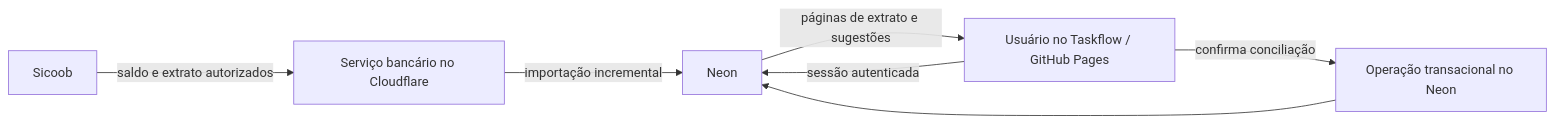
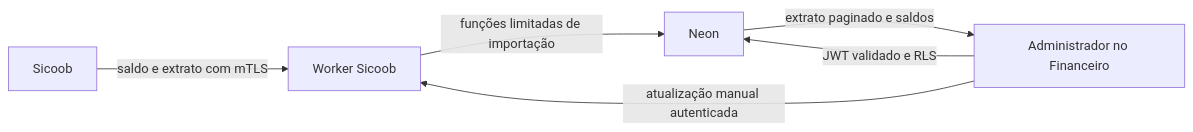
The diagram in docs/SICOOB-ARQUITETURA.md (RAGCode-BR/magalhaes-advocacia), drawn with Mermaid before and after one commit. The commit also changed other lines of this file and 16 other files, not shown here.

````diff
--- a/docs/SICOOB-ARQUITETURA.md
+++ b/docs/SICOOB-ARQUITETURA.md
@@ -41,9 +17,8 @@
 ```mermaid
 flowchart LR
-  S[Sicoob] -->|saldo e extrato autorizados| W[Serviço bancário no Cloudflare]
-  W -->|importação incremental| N[Neon]
-  U[Usuário no Taskflow / GitHub Pages] -->|sessão autenticada| N
-  N -->|páginas de extrato e sugestões| U
-  U -->|confirma conciliação| R[Operação transacional no Neon]
-  R --> N
+  S[Sicoob] -->|saldo e extrato com mTLS| W[Worker Sicoob]
+  W -->|funções limitadas de importação| N[Neon]
+  U[Administrador no Financeiro] -->|JWT validado e RLS| N
+  U -->|atualização manual autenticada| W
+  N -->|extrato paginado e saldos| U
 ```
````
